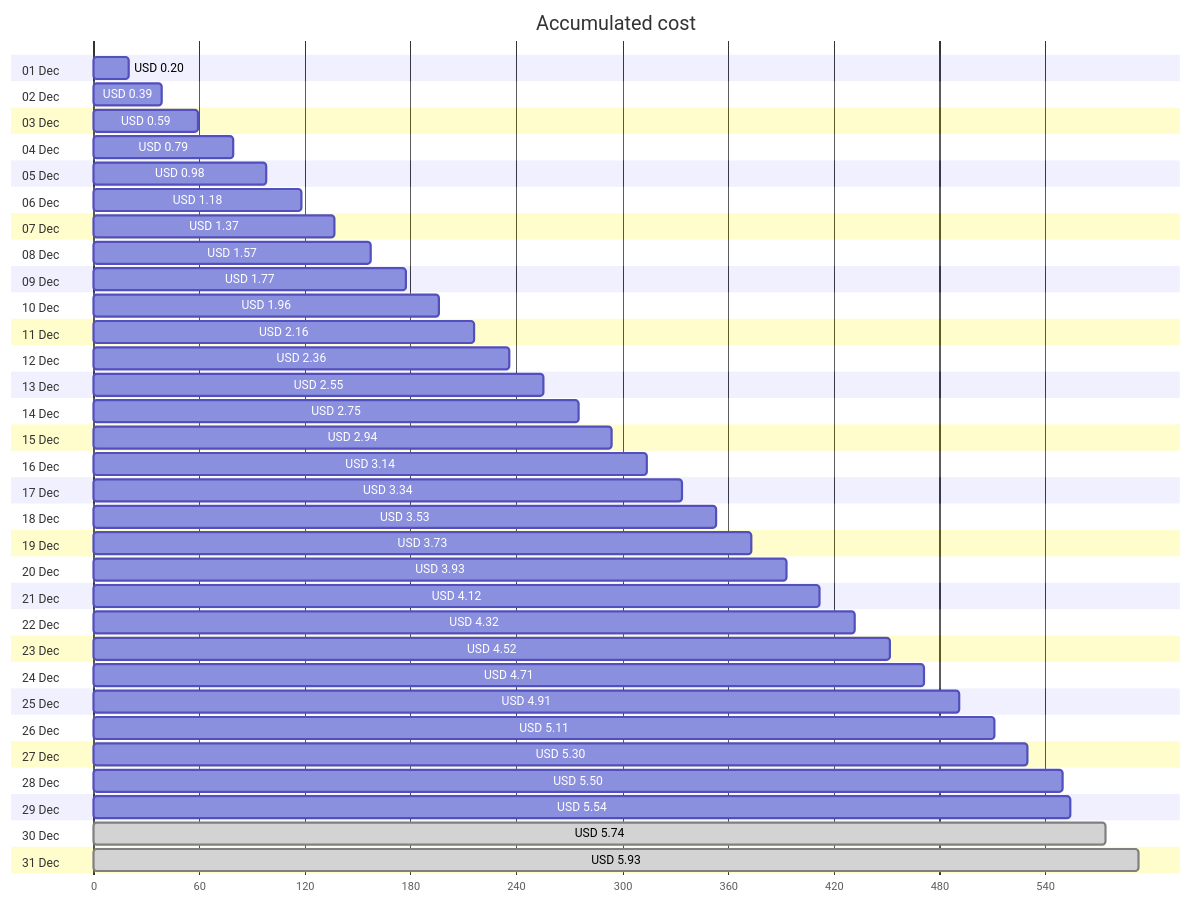
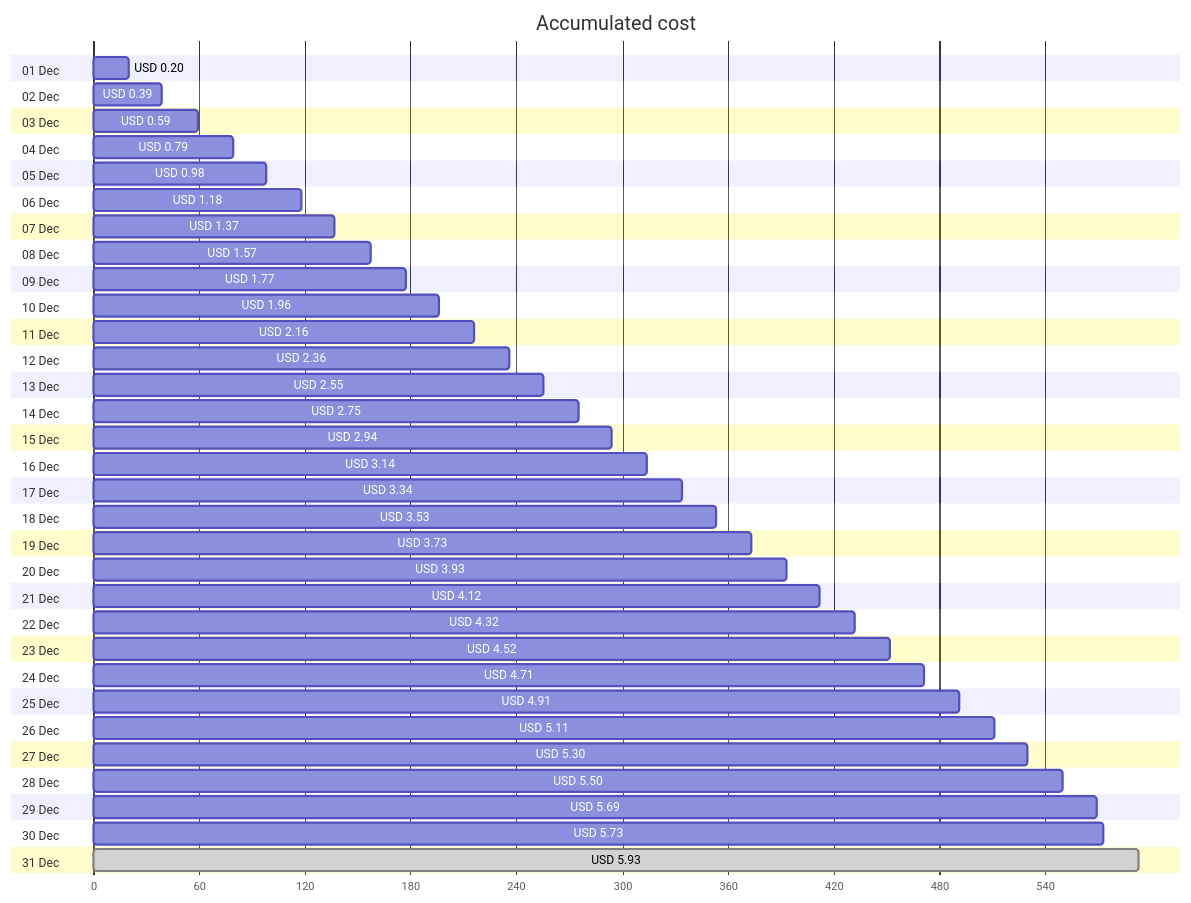
Before and after one commit to jpfulton/azure-personal-reports: the first of 4 diagrams in cost-reports/personal-network/backup-server.md, drawn with Mermaid. The commit also changed other lines of this file and 8 other files, not shown here.

````diff
--- a/cost-reports/personal-network/backup-server.md
+++ b/cost-reports/personal-network/backup-server.md
@@ -20,68 +20,68 @@
 ```mermaid
 gantt
    title Accumulated cost
    dateFormat  X
    axisFormat %s
    section 01 Dec
    USD 0.20 :0, 20
    section 02 Dec
    USD 0.39 :0, 39
    section 03 Dec
    USD 0.59 :0, 59
    section 04 Dec
    USD 0.79 :0, 79
    section 05 Dec
    USD 0.98 :0, 98
    section 06 Dec
    USD 1.18 :0, 118
    section 07 Dec
    USD 1.37 :0, 137
    section 08 Dec
    USD 1.57 :0, 157
    section 09 Dec
    USD 1.77 :0, 177
    section 10 Dec
    USD 1.96 :0, 196
    section 11 Dec
    USD 2.16 :0, 216
    section 12 Dec
    USD 2.36 :0, 236
    section 13 Dec
    USD 2.55 :0, 255
    section 14 Dec
    USD 2.75 :0, 275
    section 15 Dec
    USD 2.94 :0, 294
    section 16 Dec
    USD 3.14 :0, 314
    section 17 Dec
    USD 3.34 :0, 334
    section 18 Dec
    USD 3.53 :0, 353
    section 19 Dec
    USD 3.73 :0, 373
    section 20 Dec
    USD 3.93 :0, 393
    section 21 Dec
    USD 4.12 :0, 412
    section 22 Dec
    USD 4.32 :0, 432
    section 23 Dec
    USD 4.52 :0, 452
    section 24 Dec
    USD 4.71 :0, 471
    section 25 Dec
    USD 4.91 :0, 491
    section 26 Dec
    USD 5.11 :0, 511
    section 27 Dec
    USD 5.30 :0, 530
    section 28 Dec
    USD 5.50 :0, 550
    section 29 Dec
-   USD 5.54 :0, 554
+   USD 5.69 :0, 569
    section 30 Dec
-   USD 5.74 : done, 0, 574
+   USD 5.73 :0, 573
    section 31 Dec
    USD 5.93 : done, 0, 593
 ```
````
